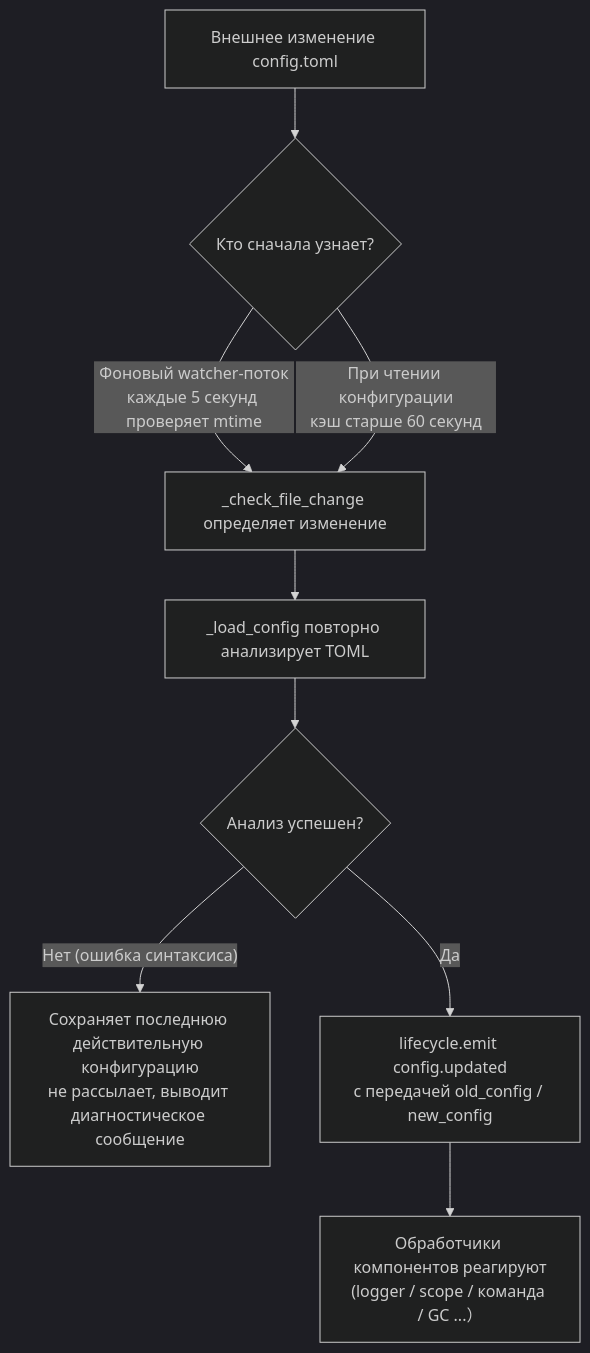
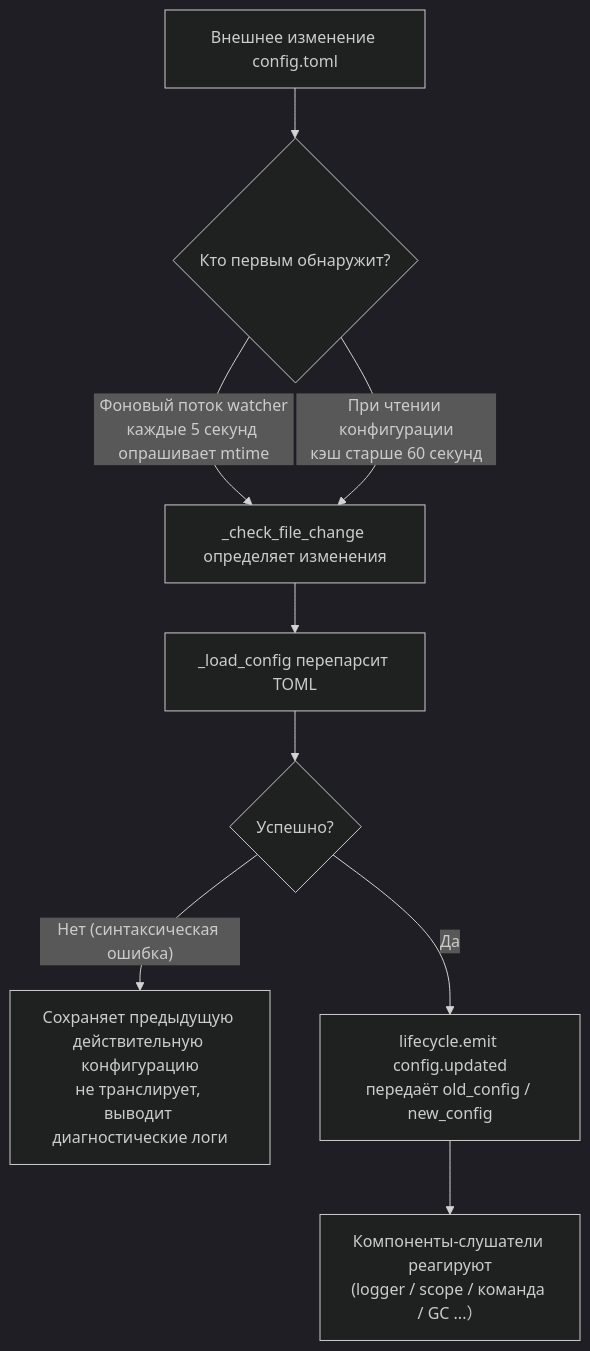
One commit to ErisPulse/ErisPulse changed the diagram in docs/ru/user-guide/configuration.md. Above: the diagram before and after it, drawn with Mermaid (dark theme). The commit also changed other lines of this file and 75 other files, not shown here.

````diff
--- a/docs/ru/user-guide/configuration.md
+++ b/docs/ru/user-guide/configuration.md
@@ -89,11 +89,11 @@
 ```mermaid
 flowchart TD
-    A["Внешнее изменение config.toml"] --> B{"Кто сначала узнает?"}
-    B -->|"Фоновый watcher-поток<br/>каждые 5 секунд проверяет mtime"| C["_check_file_change определяет изменение"]
+    A["Внешнее изменение config.toml"] --> B{"Кто первым обнаружит?"}
+    B -->|"Фоновый поток watcher<br/>каждые 5 секунд опрашивает mtime"| C["_check_file_change определяет изменения"]
     B -->|"При чтении конфигурации<br/>кэш старше 60 секунд"| C
-    C --> D["_load_config повторно анализирует TOML"]
-    D --> E{"Анализ успешен?"}
-    E -->|"Нет (ошибка синтаксиса)"| F["Сохраняет последнюю действительную конфигурацию<br/>не рассылает, выводит диагностическое сообщение"]
-    E -->|"Да"| G["lifecycle.emit config.updated<br/>с передачей old_config / new_config"]
-    G --> H["Обработчики компонентов реагируют<br/>(logger / scope / команда / GC ...）"]
+    C --> D["_load_config перепарсит TOML"]
+    D --> E{"Успешно?"}
+    E -->|"Нет (синтаксическая ошибка)"| F["Сохраняет предыдущую действительную конфигурацию<br/>не транслирует, выводит диагностические логи"]
+    E -->|"Да"| G["lifecycle.emit config.updated<br/>передаёт old_config / new_config"]
+    G --> H["Компоненты-слушатели реагируют<br/>(logger / scope / команда / GC ...）"]
 ```
````
